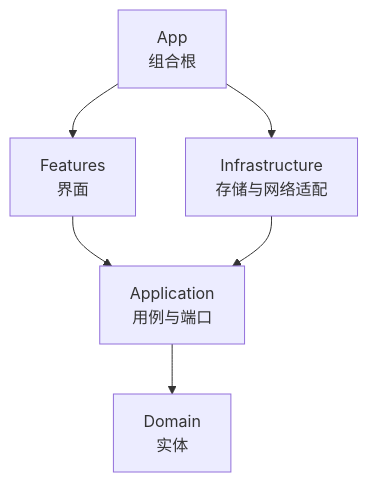
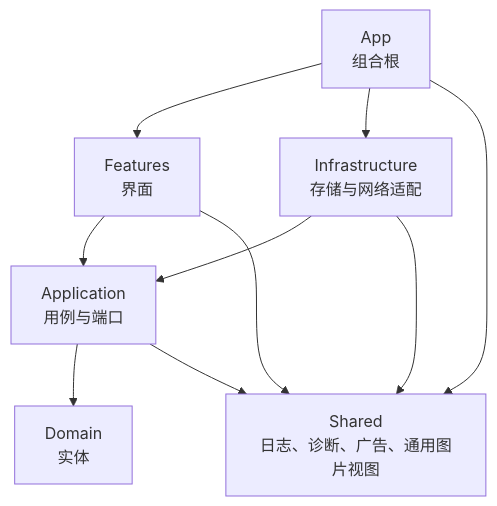
Before and after one commit to x65396731/BrowseCraft: the second of 2 diagrams in README.md, drawn with Mermaid. The commit also changed other lines of this file and 28 other files, not shown here.

````diff
--- a/README.md
+++ b/README.md
@@ -28,14 +34,19 @@
 ```mermaid
 flowchart TD
     AppL["App<br/>组合根"]
     Features["Features<br/>界面"]
     Infra["Infrastructure<br/>存储与网络适配"]
     Application["Application<br/>用例与端口"]
     Domain["Domain<br/>实体"]
+    Shared["Shared<br/>日志、诊断、广告、通用图片视图"]
 
     AppL --> Features
     AppL --> Infra
     Features --> Application
     Infra --> Application
     Application --> Domain
+    AppL --> Shared
+    Features --> Shared
+    Infra --> Shared
+    Application --> Shared
 ```
````
